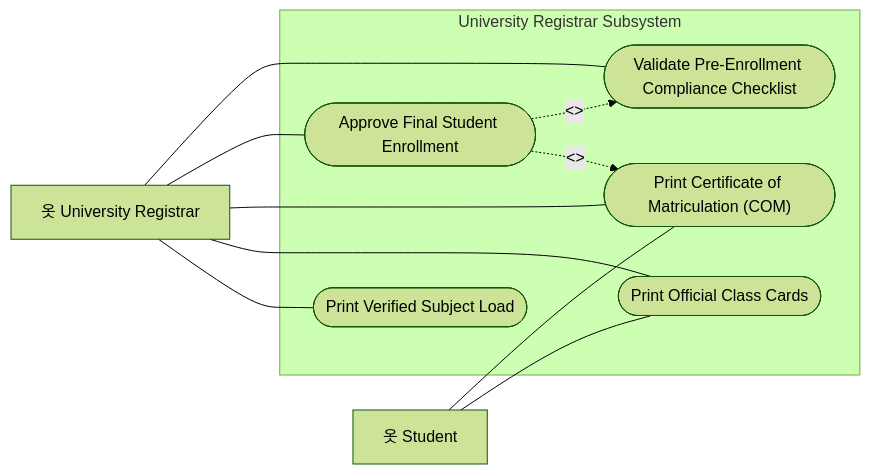
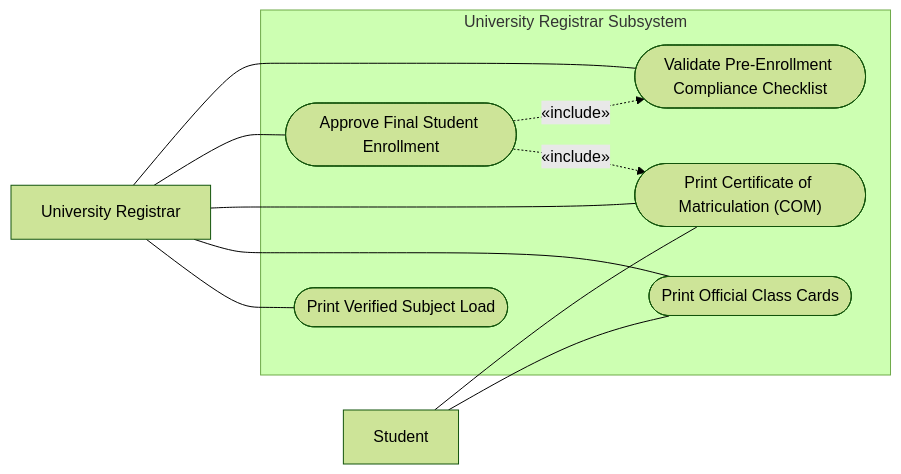
Before and after one commit to kirbygeagonia-create/EnrollmentManagementSystem: diagram 13 of 17 in Documentation/Use-Case-Diagram-Guide.md, drawn with Mermaid (forest theme). The commit also changed other lines of this file and 51 other files, not shown here.

````diff
--- a/Documentation/Use-Case-Diagram-Guide.md
+++ b/Documentation/Use-Case-Diagram-Guide.md
@@ -625,25 +627,25 @@
 ```mermaid
 flowchart LR
-    A_Reg["옷 University Registrar"]
-    A_Stud["옷 Student"]
+    A_Reg["University Registrar"]
+    A_Stud["Student"]
 
     subgraph SYSTEM ["University Registrar Subsystem"]
         UC_RG01(["Validate Pre-Enrollment Compliance Checklist"])
         UC_RG02(["Approve Final Student Enrollment"])
         UC_RG03(["Print Certificate of Matriculation (COM)"])
         UC_RG04(["Print Official Class Cards"])
         UC_RG05(["Print Verified Subject Load"])
     end
 
     A_Reg --- UC_RG01
     A_Reg --- UC_RG02
     A_Reg --- UC_RG03
     A_Reg --- UC_RG04
     A_Reg --- UC_RG05
 
     A_Stud --- UC_RG03
     A_Stud --- UC_RG04
 
-    UC_RG02 -.->|"<<include>>"| UC_RG01
-    UC_RG02 -.->|"<<include>>"| UC_RG03
+    UC_RG02 -.->|"«include»"| UC_RG01
+    UC_RG02 -.->|"«include»"| UC_RG03
 ```
````
